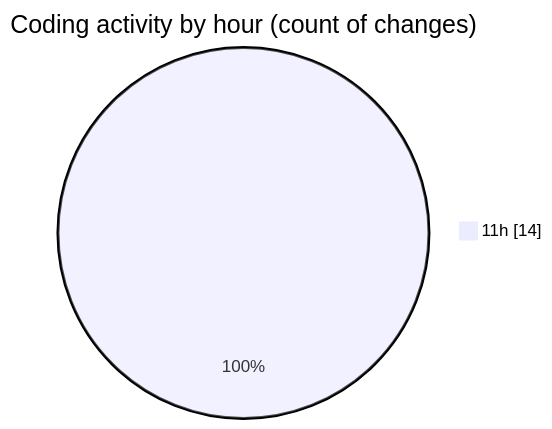
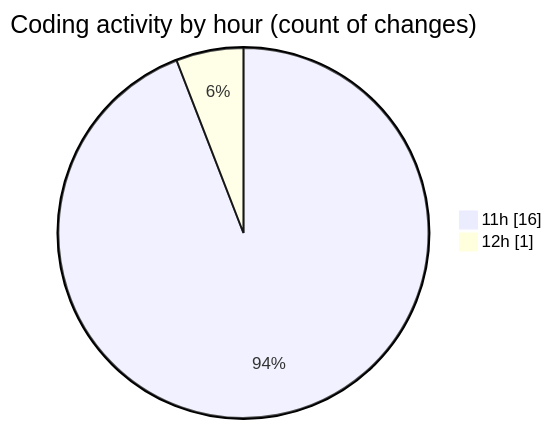
The second of 2 diagrams in 2025-03-25/wordle/README.md (donsfak/code-tracking), drawn with Mermaid before and after one commit. The commit also changed other lines of this file and 1 other file, not shown here.

````diff
--- a/2025-03-25/wordle/README.md
+++ b/2025-03-25/wordle/README.md
@@ -30,5 +31,6 @@
 ```mermaid
 pie showData
 title Coding activity by hour (count of changes)
-"11h" : 14
+"11h" : 16
+"12h" : 1
 ```
````
